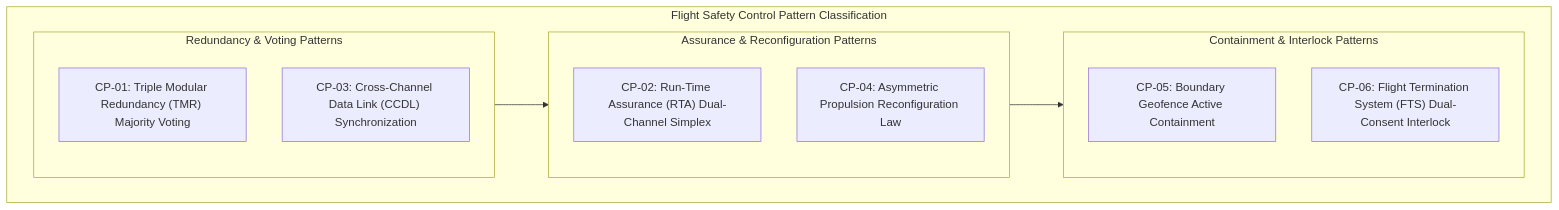
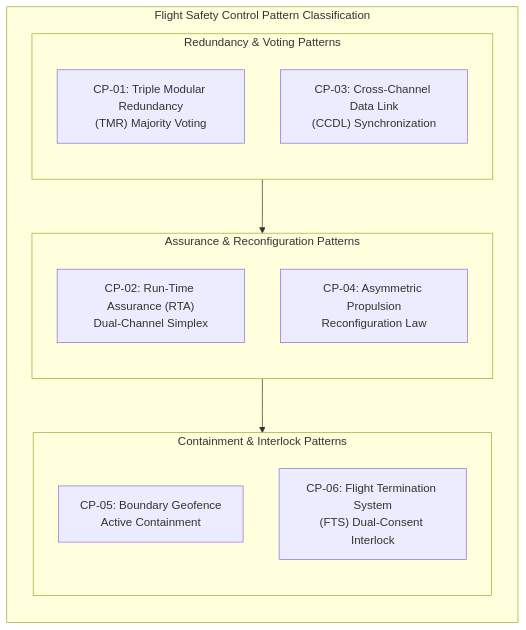
Before and after one commit to gintatkinson/DEAP-avionic-flight-safety: the first of 13 diagrams in docs/catalogs/FLIGHT_SAFETY_CONTROL_PATTERN_CATALOG.md, drawn with Mermaid. The commit also changed other lines of this file and 594 other files, not shown here.

Commit message:
chore(pipeline): propagate verified Section 5.5 initialization sequence and Antigravity governance (refs #387, refs #386, refs #385, refs #384, refs #383, refs #382, refs #381, refs #380, refs #379, refs #378, refs #372)

````diff
--- a/docs/catalogs/FLIGHT_SAFETY_CONTROL_PATTERN_CATALOG.md
+++ b/docs/catalogs/FLIGHT_SAFETY_CONTROL_PATTERN_CATALOG.md
@@ -15,22 +15,26 @@
 ```mermaid
 flowchart TD
     subgraph ArchitectureTiers ["Flight Safety Control Pattern Classification"]
+        direction TB
         subgraph RedundancyTier ["Redundancy & Voting Patterns"]
-            CP01["CP-01: Triple Modular Redundancy (TMR) Majority Voting"]
-            CP03["CP-03: Cross-Channel Data Link (CCDL) Synchronization"]
+            direction TB
+            CP01["CP-01: Triple Modular Redundancy<br/>(TMR) Majority Voting"]
+            CP03["CP-03: Cross-Channel Data Link<br/>(CCDL) Synchronization"]
         end
 
         subgraph AssuranceTier ["Assurance & Reconfiguration Patterns"]
-            CP02["CP-02: Run-Time Assurance (RTA) Dual-Channel Simplex"]
-            CP04["CP-04: Asymmetric Propulsion Reconfiguration Law"]
+            direction TB
+            CP02["CP-02: Run-Time Assurance (RTA)<br/>Dual-Channel Simplex"]
+            CP04["CP-04: Asymmetric Propulsion<br/>Reconfiguration Law"]
         end
 
         subgraph ContainmentTier ["Containment & Interlock Patterns"]
-            CP05["CP-05: Boundary Geofence Active Containment"]
-            CP06["CP-06: Flight Termination System (FTS) Dual-Consent Interlock"]
+            direction TB
+            CP05["CP-05: Boundary Geofence<br/>Active Containment"]
+            CP06["CP-06: Flight Termination System<br/>(FTS) Dual-Consent Interlock"]
         end
     end
 
     RedundancyTier --> AssuranceTier
     AssuranceTier --> ContainmentTier
 ```
````
